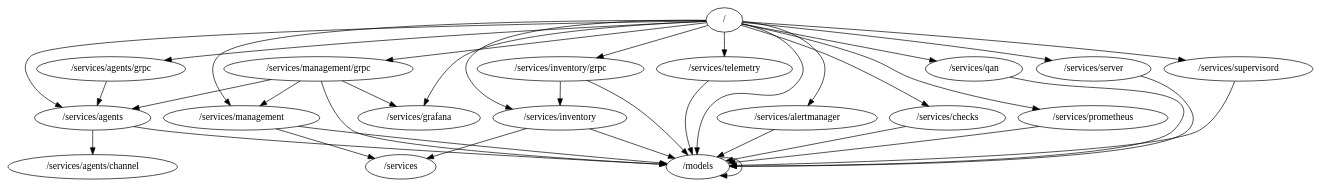
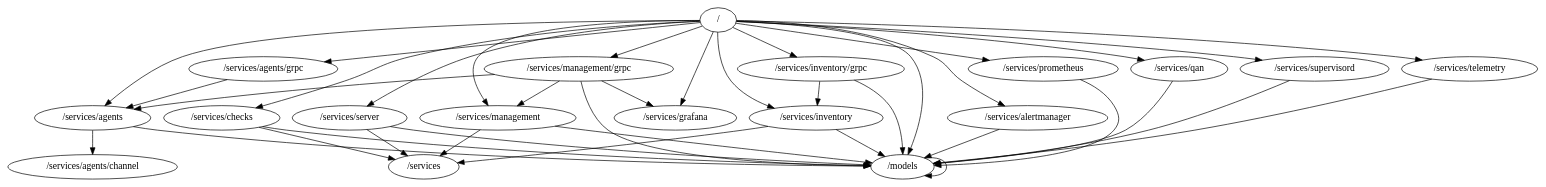
Before and after one commit to percona/pmm-managed: the diagram in packages.dot, drawn with Graphviz. The commit also changed 5 other files, not shown here.

```diff
--- a/packages.dot
+++ b/packages.dot
@@ -1,38 +1,40 @@
 digraph packages {
 	"/" -> "/models";
 	"/" -> "/services/agents";
 	"/" -> "/services/agents/grpc";
 	"/" -> "/services/alertmanager";
 	"/" -> "/services/checks";
 	"/" -> "/services/grafana";
 	"/" -> "/services/inventory";
 	"/" -> "/services/inventory/grpc";
 	"/" -> "/services/management";
 	"/" -> "/services/management/grpc";
 	"/" -> "/services/prometheus";
 	"/" -> "/services/qan";
 	"/" -> "/services/server";
 	"/" -> "/services/supervisord";
 	"/" -> "/services/telemetry";
 	"/models" -> "/models";
 	"/services/agents" -> "/models";
 	"/services/agents" -> "/services/agents/channel";
 	"/services/agents/grpc" -> "/services/agents";
 	"/services/alertmanager" -> "/models";
 	"/services/checks" -> "/models";
+	"/services/checks" -> "/services";
 	"/services/inventory" -> "/models";
 	"/services/inventory" -> "/services";
 	"/services/inventory/grpc" -> "/models";
 	"/services/inventory/grpc" -> "/services/inventory";
 	"/services/management" -> "/models";
 	"/services/management" -> "/services";
 	"/services/management/grpc" -> "/models";
 	"/services/management/grpc" -> "/services/agents";
 	"/services/management/grpc" -> "/services/grafana";
 	"/services/management/grpc" -> "/services/management";
 	"/services/prometheus" -> "/models";
 	"/services/qan" -> "/models";
 	"/services/server" -> "/models";
+	"/services/server" -> "/services";
 	"/services/supervisord" -> "/models";
 	"/services/telemetry" -> "/models";
 }
```
